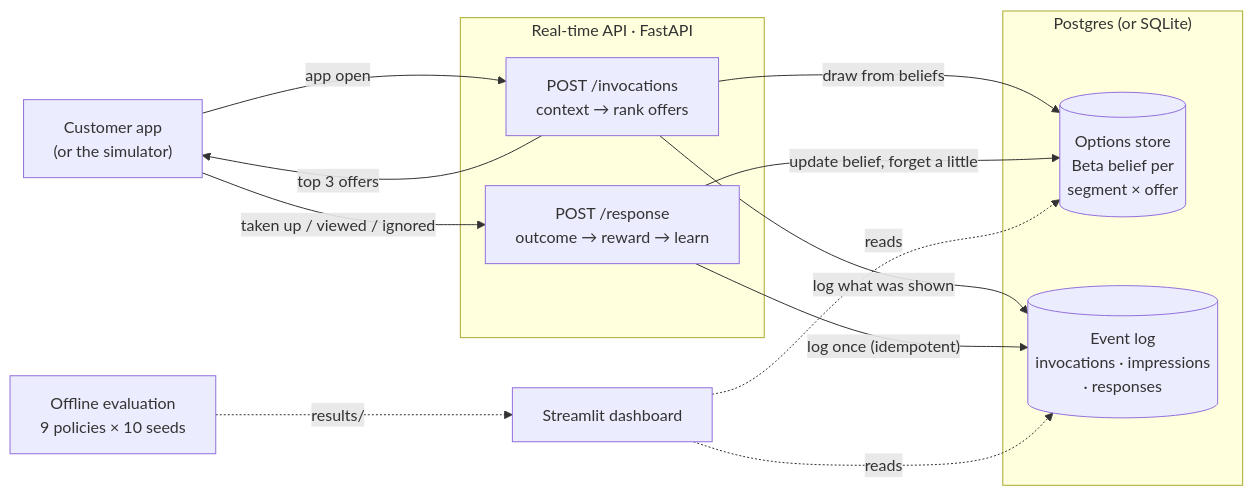
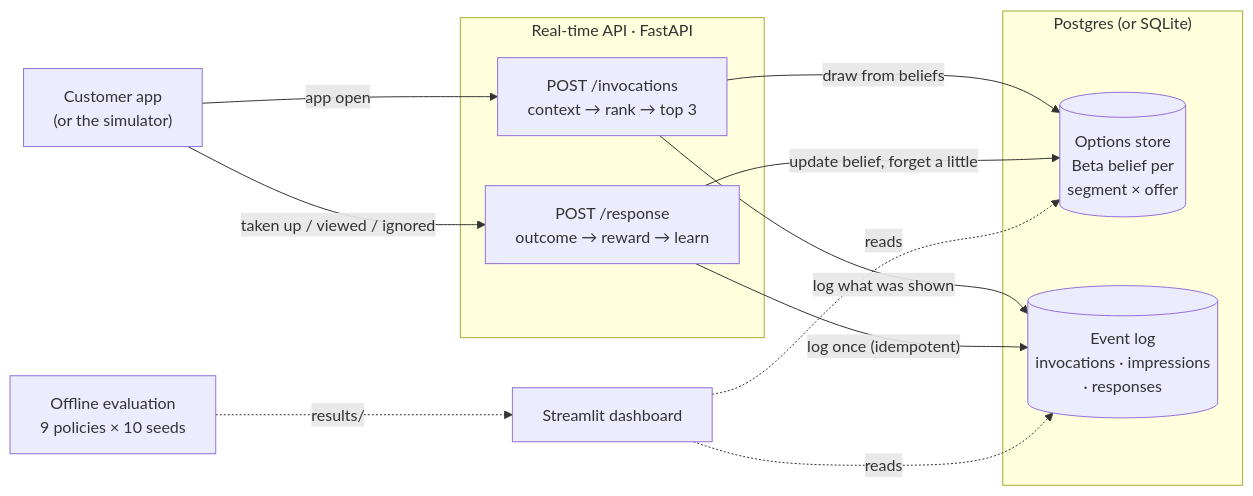
The diagram in README.md (SeanM04/recommandation_system), drawn with Mermaid before and after one commit.

Commit message:
docs: README diagram reads left to right

````diff
--- a/README.md
+++ b/README.md
@@ -50,25 +50,24 @@
 ```mermaid
 flowchart LR
     app["Customer app<br/>(or the simulator)"]
     subgraph api["Real-time API · FastAPI"]
-        inv["POST /invocations<br/>context → rank offers"]
+        inv["POST /invocations<br/>context → rank → top 3"]
         resp["POST /response<br/>outcome → reward → learn"]
     end
     subgraph db["Postgres (or SQLite)"]
         store[("Options store<br/>Beta belief per<br/>segment × offer")]
         log[("Event log<br/>invocations · impressions<br/>· responses")]
     end
+    eval["Offline evaluation<br/>9 policies × 10 seeds"]
     dash["Streamlit dashboard"]
-    eval["Offline evaluation<br/>9 policies × 10 seeds"]
 
     app -- "app open" --> inv
+    app -- "taken up / viewed / ignored" --> resp
     inv -- "draw from beliefs" --> store
     inv -- "log what was shown" --> log
-    inv -- "top 3 offers" --> app
-    app -- "taken up / viewed / ignored" --> resp
     resp -- "log once (idempotent)" --> log
     resp -- "update belief, forget a little" --> store
+    eval -. "results/" .-> dash
+    dash -. "reads" .-> store
     dash -. "reads" .-> log
-    dash -. "reads" .-> store
-    eval -. "results/" .-> dash
 ```
````
